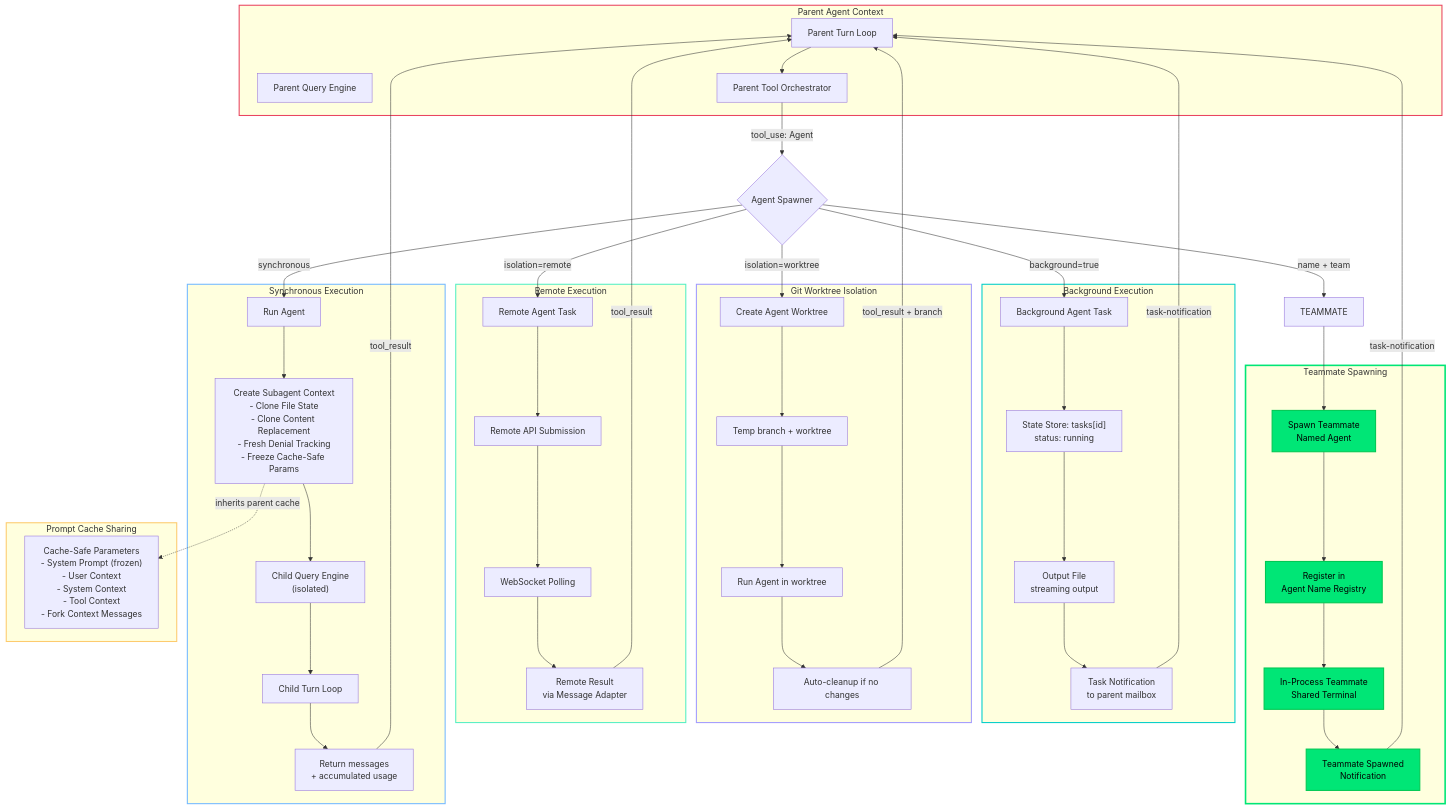
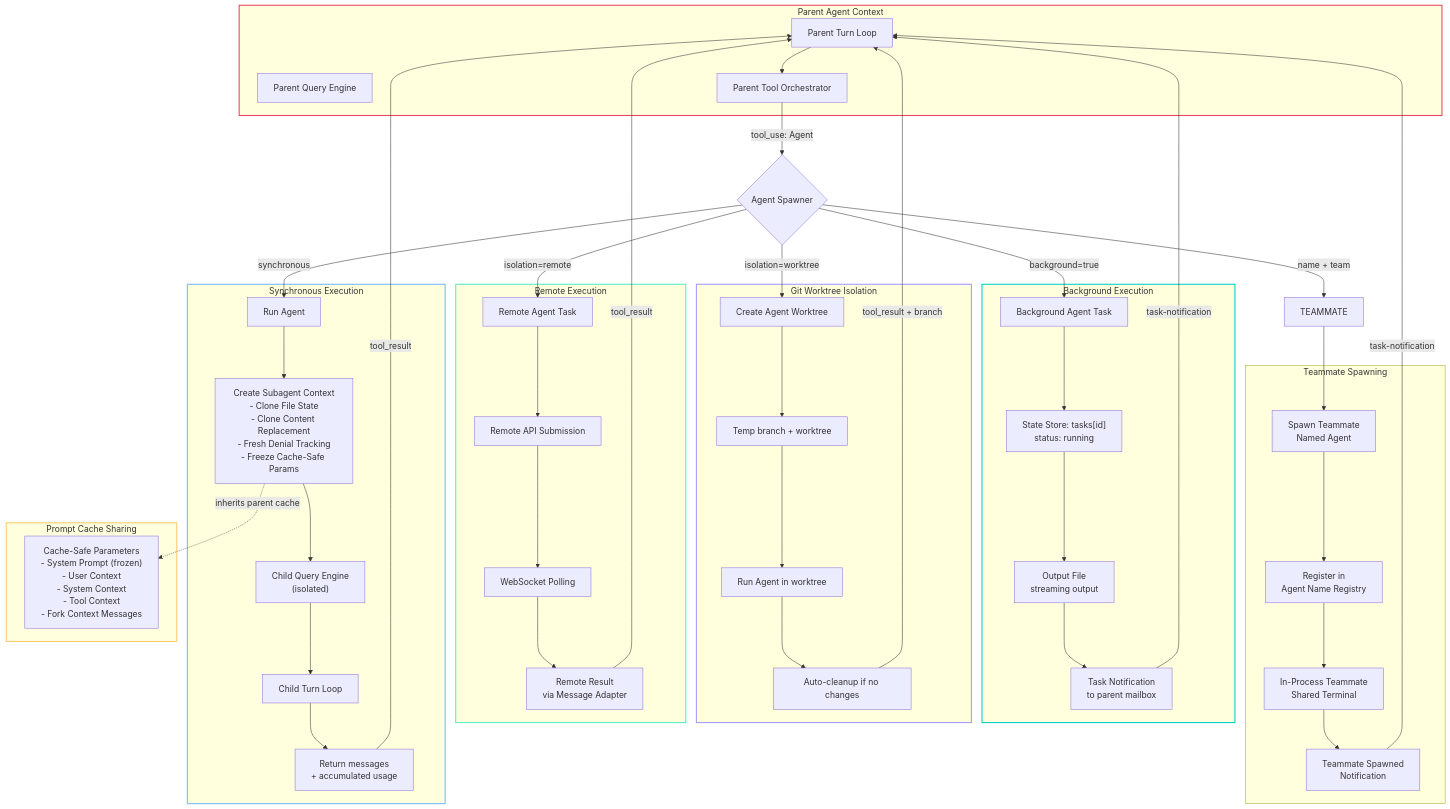
The third of 14 diagrams in DIAGRAMS.md (PavelValentov/multi-agent-architecture), drawn with Mermaid before and after one commit. The commit also changed other lines of this file, not shown here.

First line of the commit message:
Remove green highlighting from all diagrams

````diff
--- a/DIAGRAMS.md
+++ b/DIAGRAMS.md
@@ -351,9 +347,4 @@
     style WorktreePath stroke:#a29bfe,stroke-width:2px
     style RemotePath stroke:#55efc4,stroke-width:2px
     style CacheOptimization stroke:#fdcb6e,stroke-width:2px
-    style TeammatePath stroke:#00e676,stroke-width:3px
-    style TEAMMATE_SPAWN fill:#00e676,stroke:#00c853,stroke-width:2px,color:#000
-    style TM_REGISTER fill:#00e676,stroke:#00c853,stroke-width:2px,color:#000
-    style TM_PROCESS fill:#00e676,stroke:#00c853,stroke-width:2px,color:#000
-    style TM_NOTIFY fill:#00e676,stroke:#00c853,stroke-width:2px,color:#000
 ```
````
